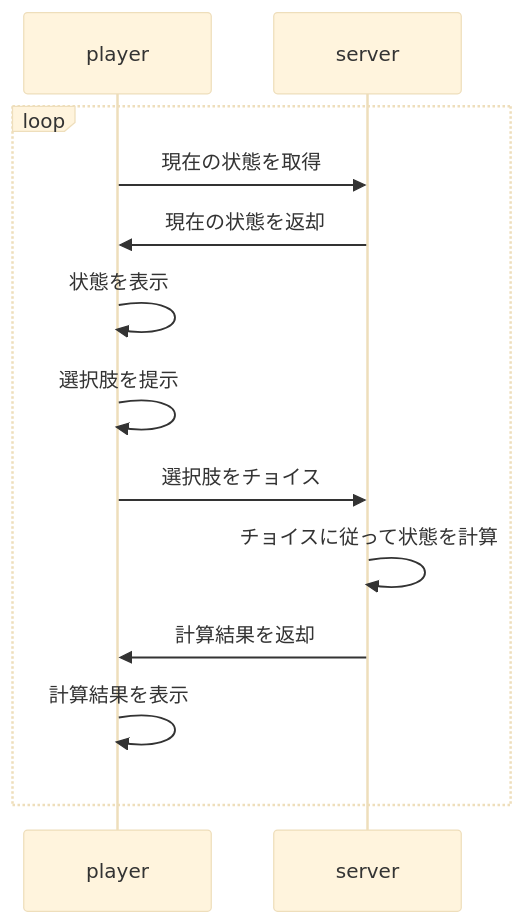
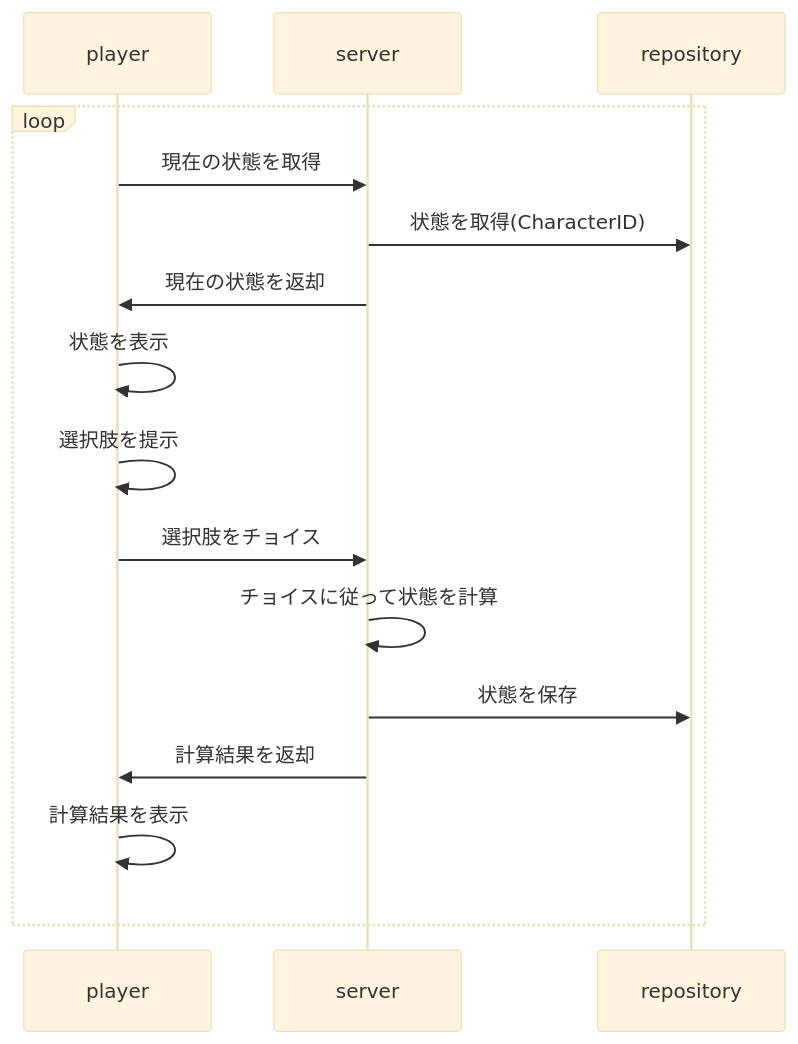
The third of 3 diagrams in design/interaction.md (pankona/moguri2), drawn with Mermaid (base theme) before and after one commit. The commit also changed other lines of this file, not shown here.

````diff
--- a/design/interaction.md
+++ b/design/interaction.md
@@ -3,13 +24,15 @@
 ```mermaid
 sequenceDiagram
 loop
     player->>server: 現在の状態を取得
+    server->>repository: 状態を取得(CharacterID)
     server->>player: 現在の状態を返却
     player->>player: 状態を表示
     player->>player: 選択肢を提示
     player->>server: 選択肢をチョイス
     server->>server: チョイスに従って状態を計算
+    server->>repository: 状態を保存
     server->>player: 計算結果を返却
     player->>player: 計算結果を表示
 end
 ```
````
